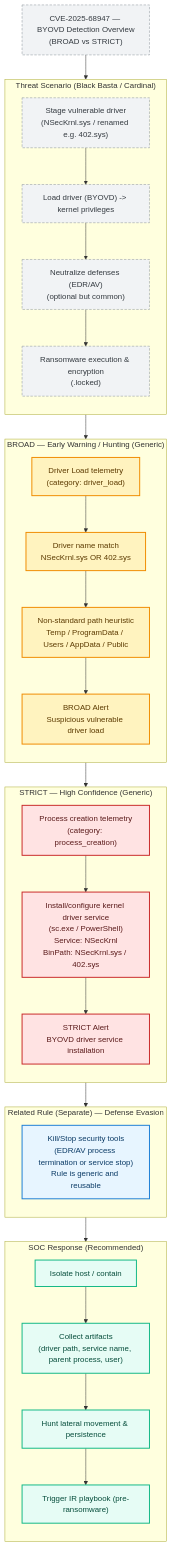
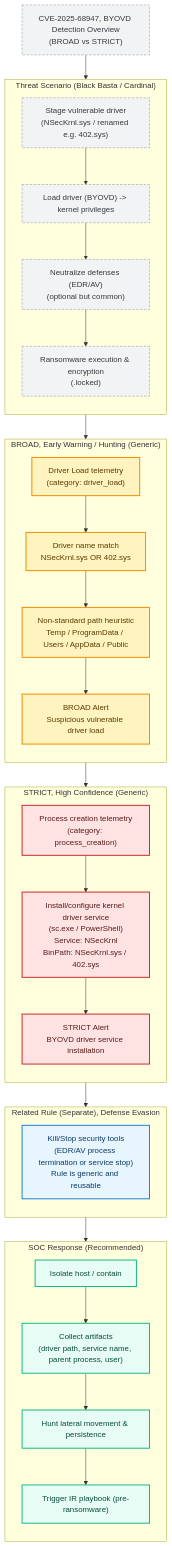
The diagram in CVE-2025-68947_BYOVD/diagrams/README.md (Hatchepsoute/sigma-rules), drawn with Mermaid before and after one commit. The commit also changed 110 other files, not shown here.

````diff
--- a/CVE-2025-68947_BYOVD/diagrams/README.md
+++ b/CVE-2025-68947_BYOVD/diagrams/README.md
@@ -8,59 +8,59 @@
 ```mermaid
 flowchart TD
   %% GitHub-compatible Mermaid (no HTML tags in labels)
 
   classDef broad fill:#FFF3BF,stroke:#F08C00,stroke-width:2px,color:#5C3A00;
   classDef strict fill:#FFE3E3,stroke:#C92A2A,stroke-width:2px,color:#5A1A1A;
   classDef decision fill:#E7F5FF,stroke:#1C7ED6,stroke-width:2px,color:#0B3B66;
   classDef action fill:#E6FCF5,stroke:#12B886,stroke-width:2px,color:#064D3B;
   classDef note fill:#F1F3F5,stroke:#868E96,stroke-dasharray: 5 3,color:#343A40;
 
-  T0["CVE-2025-68947 — BYOVD Detection Overview\n(BROAD vs STRICT)"]:::note
+  T0["CVE-2025-68947, BYOVD Detection Overview\n(BROAD vs STRICT)"]:::note
 
   subgraph S0["Threat Scenario (Black Basta / Cardinal)"]
     direction TB
     S0A["Stage vulnerable driver\n(NSecKrnl.sys / renamed e.g. 402.sys)"]:::note
     S0B["Load driver (BYOVD) -> kernel privileges"]:::note
     S0C["Neutralize defenses (EDR/AV)\n(optional but common)"]:::note
     S0D["Ransomware execution & encryption\n(.locked)"]:::note
     S0A --> S0B --> S0C --> S0D
   end
 
   T0 --> S0A
 
-  subgraph S1["BROAD — Early Warning / Hunting (Generic)"]
+  subgraph S1["BROAD, Early Warning / Hunting (Generic)"]
     direction TB
     B1["Driver Load telemetry\n(category: driver_load)"]:::broad
     B2["Driver name match\nNSecKrnl.sys OR 402.sys"]:::broad
     B3["Non-standard path heuristic\nTemp / ProgramData / Users / AppData / Public"]:::broad
     B4["BROAD Alert\nSuspicious vulnerable driver load"]:::broad
     B1 --> B2 --> B3 --> B4
   end
 
-  subgraph S2["STRICT — High Confidence (Generic)"]
+  subgraph S2["STRICT, High Confidence (Generic)"]
     direction TB
     S2A["Process creation telemetry\n(category: process_creation)"]:::strict
     S2B["Install/configure kernel driver service\n(sc.exe / PowerShell)\nService: NSecKrnl\nBinPath: NSecKrnl.sys / 402.sys"]:::strict
     S2C["STRICT Alert\nBYOVD driver service installation"]:::strict
     S2A --> S2B --> S2C
   end
 
-  subgraph S3["Related Rule (Separate) — Defense Evasion"]
+  subgraph S3["Related Rule (Separate), Defense Evasion"]
     direction TB
     D1["Kill/Stop security tools\n(EDR/AV process termination or service stop)\nRule is generic and reusable"]:::decision
   end
 
   subgraph S4["SOC Response (Recommended)"]
     direction TB
     A1["Isolate host / contain"]:::action
     A2["Collect artifacts\n(driver path, service name, parent process, user)"]:::action
     A3["Hunt lateral movement & persistence"]:::action
     A4["Trigger IR playbook (pre-ransomware)"]:::action
     A1 --> A2 --> A3 --> A4
   end
 
   S0B --> B1
   B4 --> S2A
   S2C --> D1
   D1 --> A1
 ```
````
